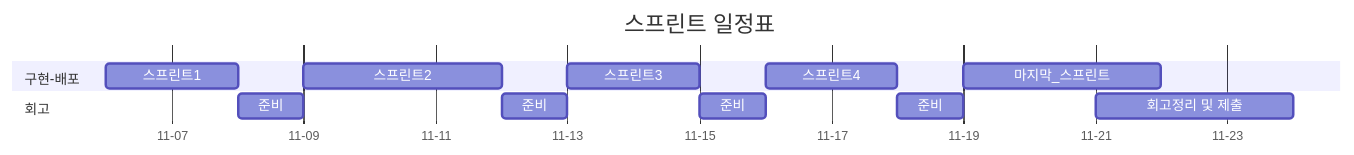
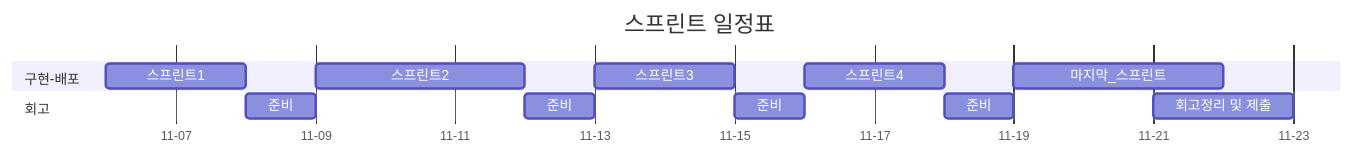
Before and after one commit to Inoh-J/quiet-chatter: the diagram in docs/오픈미션회고.md, drawn with Mermaid. The commit also changed other lines of this file and 1 other file, not shown here.

````diff
--- a/docs/오픈미션회고.md
+++ b/docs/오픈미션회고.md
@@ -97,21 +80,21 @@
 ```mermaid
 ---
 displayMode: compact
 ---
 gantt
     axisFormat %m-%d
     title 스프린트 일정표
     dateFormat MM-DD
     section 구현-배포
         스프린트1: 11-06, 2d
         스프린트2: 11-09, 3d
         스프린트3: 11-13, 2d
         스프린트4: 11-16, 2d
         마지막_스프린트: 11-19, 3d
     section 회고
         준비: 11-08, 1d
         준비: 11-12, 1d
         준비: 11-15, 1d
         준비: 11-18, 1d
-        회고정리 및 제출: 11-21, 3d
+    회고정리 및 제출: 11-21, 2d
 ```
````
